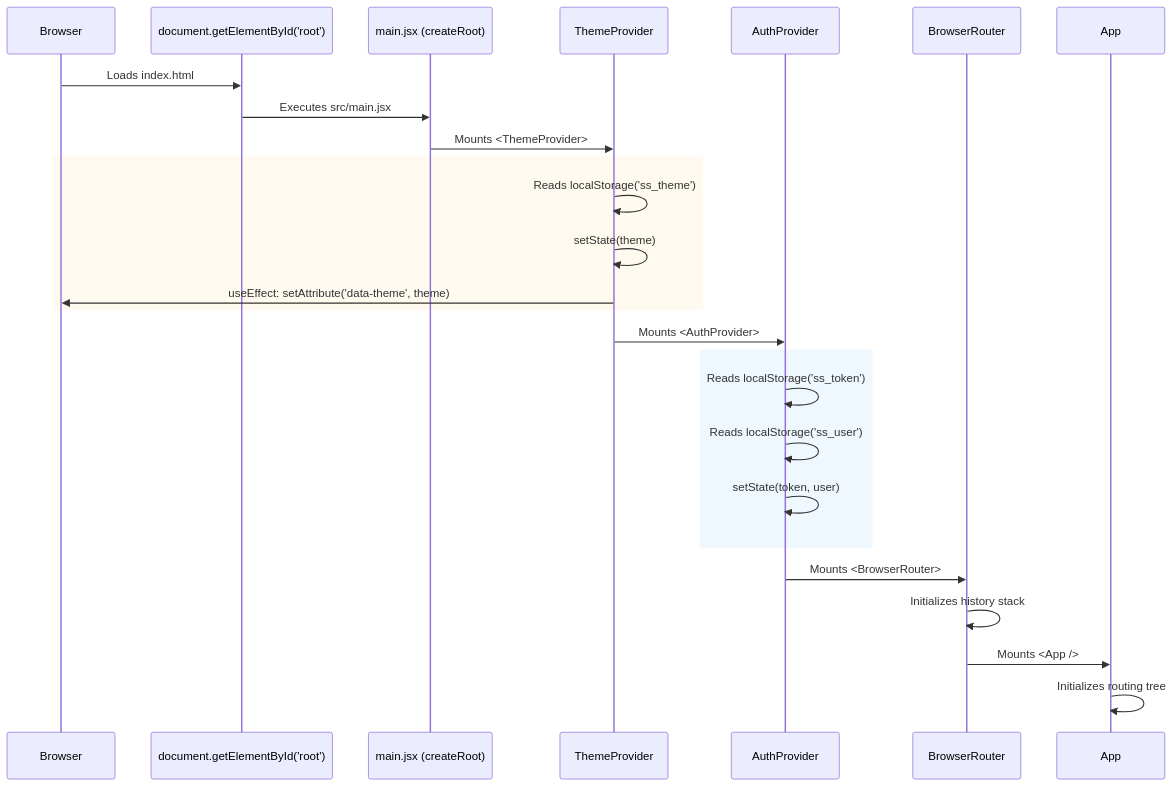
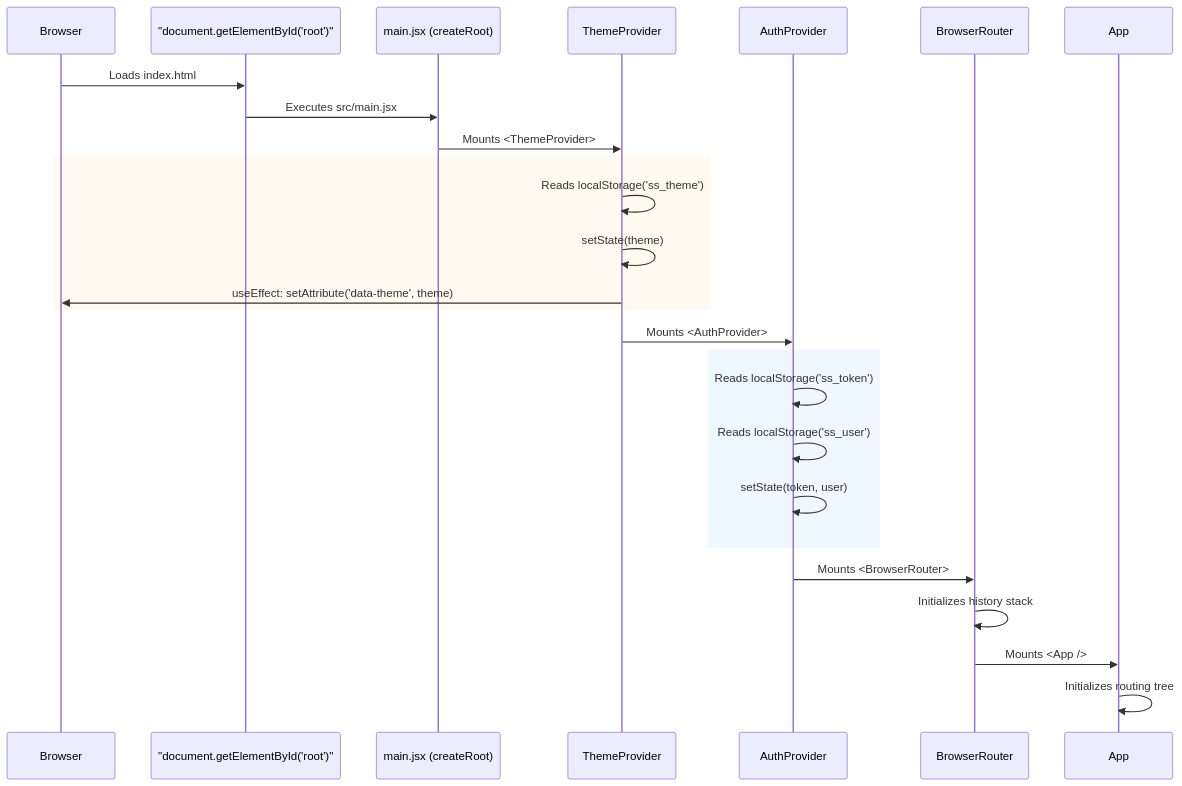
Before and after one commit to Gurry-12/insurance-policy-claim-management-app-ui: the diagram in docs/deep-dives/01-Architecture-and-Global-Flow-Deep-Dive.md, drawn with Mermaid. The commit also changed 7 other files, not shown here.

Commit message:
fix: Quote Mermaid labels to resolve rendering issues

````diff
--- a/docs/deep-dives/01-Architecture-and-Global-Flow-Deep-Dive.md
+++ b/docs/deep-dives/01-Architecture-and-Global-Flow-Deep-Dive.md
@@ -12,34 +12,34 @@
 ```mermaid
 sequenceDiagram
     participant Browser
-    participant DOM as document.getElementById('root')
+    participant DOM as "document.getElementById('root')"
     participant Main as main.jsx (createRoot)
     participant Theme as ThemeProvider
     participant Auth as AuthProvider
     participant Router as BrowserRouter
     participant App as App
 
     Browser->>DOM: Loads index.html
     DOM->>Main: Executes src/main.jsx
     Main->>Theme: Mounts <ThemeProvider>
     
     rect rgb(255, 250, 240)
         Theme->>Theme: Reads localStorage('ss_theme')
         Theme->>Theme: setState(theme)
         Theme->>Browser: useEffect: setAttribute('data-theme', theme)
     end
     
     Theme->>Auth: Mounts <AuthProvider>
     
     rect rgb(240, 248, 255)
         Auth->>Auth: Reads localStorage('ss_token')
         Auth->>Auth: Reads localStorage('ss_user')
         Auth->>Auth: setState(token, user)
     end
     
     Auth->>Router: Mounts <BrowserRouter>
     Router->>Router: Initializes history stack
     
     Router->>App: Mounts <App />
     App->>App: Initializes routing tree
 ```
````
